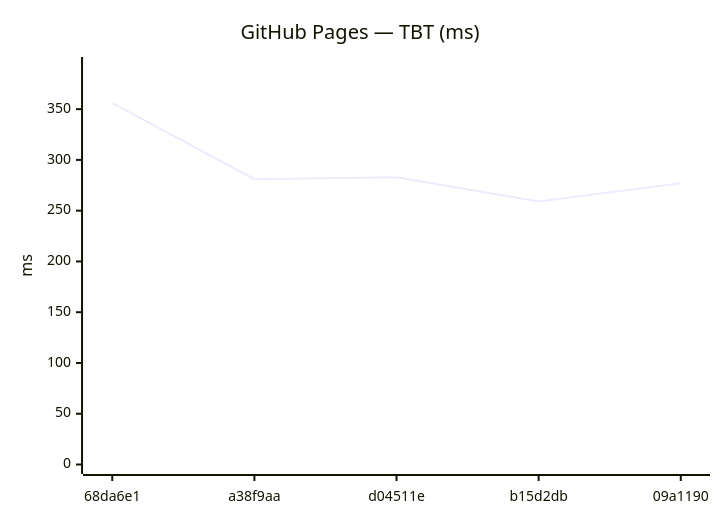
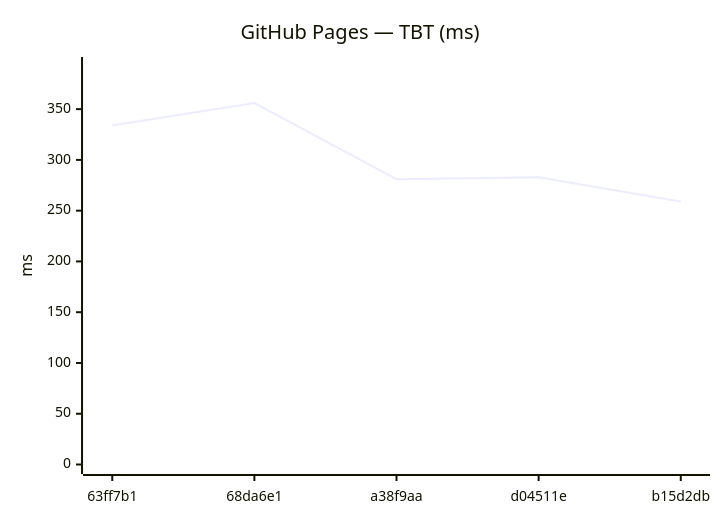
Before and after one commit to Metaheurist/Rianell: the tenth of 18 diagrams in benchmarks/compare.md, drawn with Mermaid. The commit also changed other lines of this file and 11 other files, not shown here.

````diff
--- a/benchmarks/compare.md
+++ b/benchmarks/compare.md
@@ -149,7 +149,7 @@
 ```mermaid
 xychart-beta
     title "GitHub Pages — TBT (ms)"
-    x-axis ["68da6e1", "a38f9aa", "d04511e", "b15d2db", "09a1190"]
+    x-axis ["63ff7b1", "68da6e1", "a38f9aa", "d04511e", "b15d2db"]
     y-axis "ms" 0 --> 392
-    line [356, 281, 283, 259, 277]
+    line [334, 356, 281, 283, 259]
 ```
````
